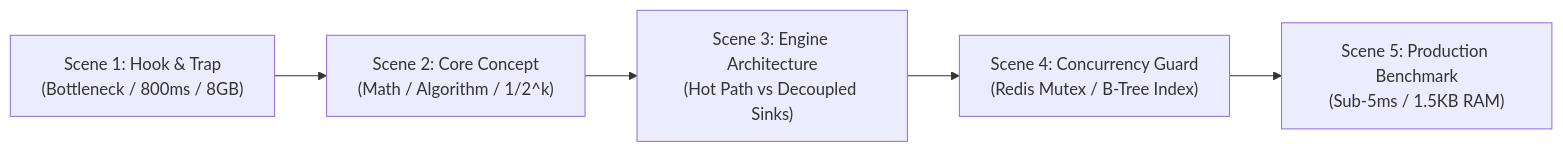
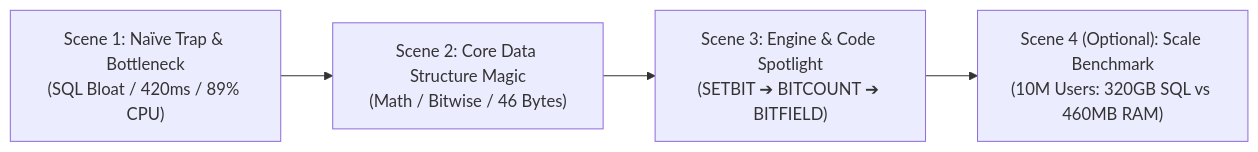
Before and after one commit to khanhduong22/agent-harness-kit: the diagram in skills/tech-reel-factory/SKILL.md, drawn with Mermaid. The commit also changed other lines of this file, not shown here.

Commit message:
docs(skills): distill Pure Reelcrew Paper Whiteboard engine and zero-jump subtitle standard

````diff
--- a/skills/tech-reel-factory/SKILL.md
+++ b/skills/tech-reel-factory/SKILL.md
@@ -67,7 +85,6 @@
 ```mermaid
 flowchart LR
-    S1["Scene 1: Hook & Trap<br/>(Bottleneck / 800ms / 8GB)"] --> S2["Scene 2: Core Concept<br/>(Math / Algorithm / 1/2^k)"]
-    S2 --> S3["Scene 3: Engine Architecture<br/>(Hot Path vs Decoupled Sinks)"]
-    S3 --> S4["Scene 4: Concurrency Guard<br/>(Redis Mutex / B-Tree Index)"]
-    S4 --> S5["Scene 5: Production Benchmark<br/>(Sub-5ms / 1.5KB RAM)"]
+    S1["Scene 1: Naïve Trap & Bottleneck<br/>(SQL Bloat / 420ms / 89% CPU)"] --> S2["Scene 2: Core Data Structure Magic<br/>(Math / Bitwise / 46 Bytes)"]
+    S2 --> S3["Scene 3: Engine & Code Spotlight<br/>(SETBIT ➔ BITCOUNT ➔ BITFIELD)"]
+    S3 --> S4["Scene 4 (Optional): Scale Benchmark<br/>(10M Users: 320GB SQL vs 460MB RAM)"]
 ```
````
